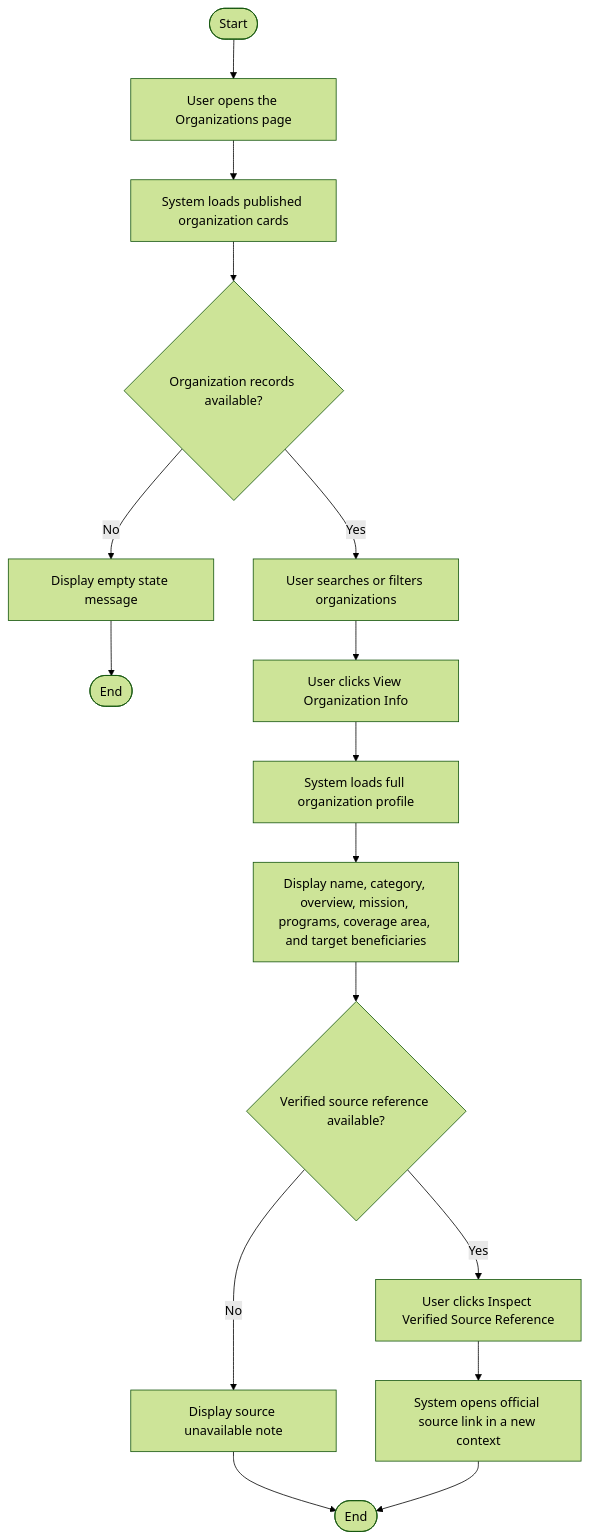
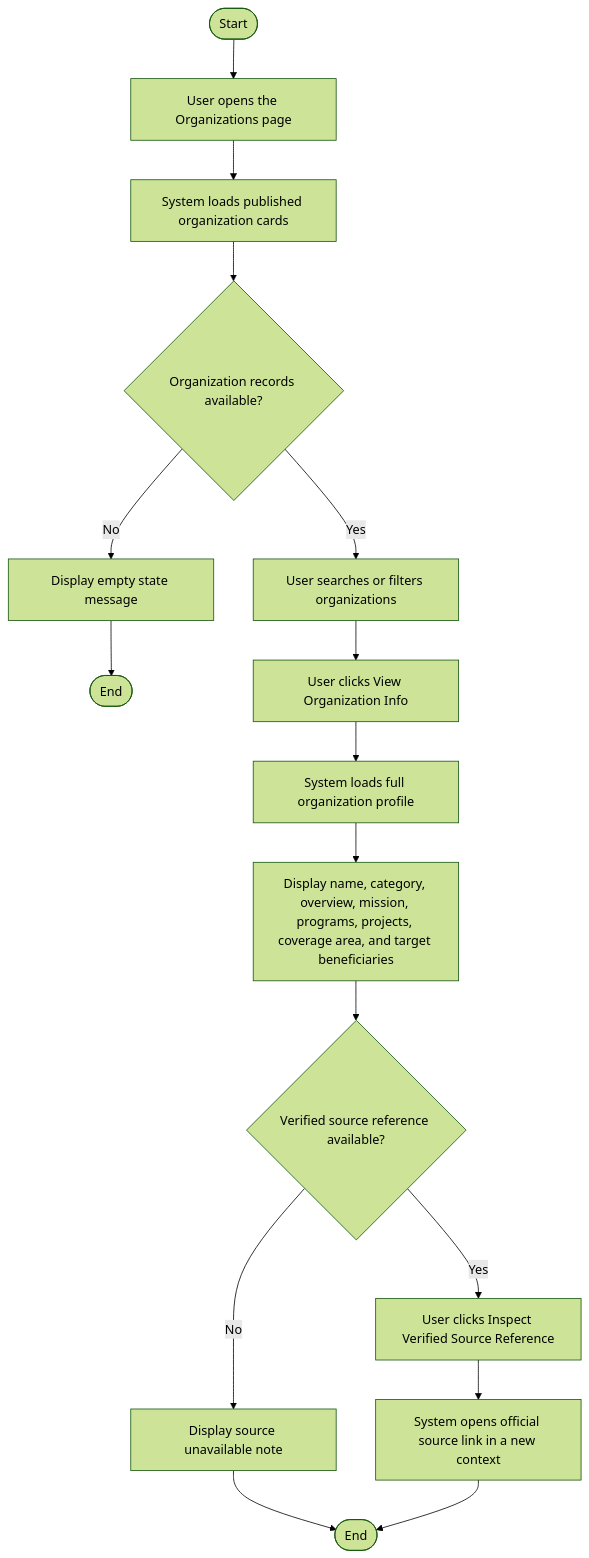
The sixth of 6 diagrams in Methodology/3.2.1-Activity-Diagram.md (txiaoqt/lydo-connect-org-focused), drawn with Mermaid (forest theme) before and after one commit. The commit also changed other lines of this file and 24 other files, not shown here.

````diff
--- a/Methodology/3.2.1-Activity-Diagram.md
+++ b/Methodology/3.2.1-Activity-Diagram.md
@@ -90,18 +142,18 @@
 ```mermaid
 flowchart TD
     A([Start]) --> B[User opens the Organizations page]
     B --> C[System loads published organization cards]
     C --> D{Organization records available?}
     D -- No --> E[Display empty state message]
     E --> F([End])
     D -- Yes --> G[User searches or filters organizations]
     G --> H[User clicks View Organization Info]
     H --> I[System loads full organization profile]
-    I --> J[Display name, category, overview, mission, programs, coverage area, and target beneficiaries]
+    I --> J[Display name, category, overview, mission, programs, projects, coverage area, and target beneficiaries]
     J --> K{Verified source reference available?}
     K -- No --> L[Display source unavailable note]
     K -- Yes --> M[User clicks Inspect Verified Source Reference]
     M --> N[System opens official source link in a new context]
     L --> O([End])
     N --> O
 ```
````
